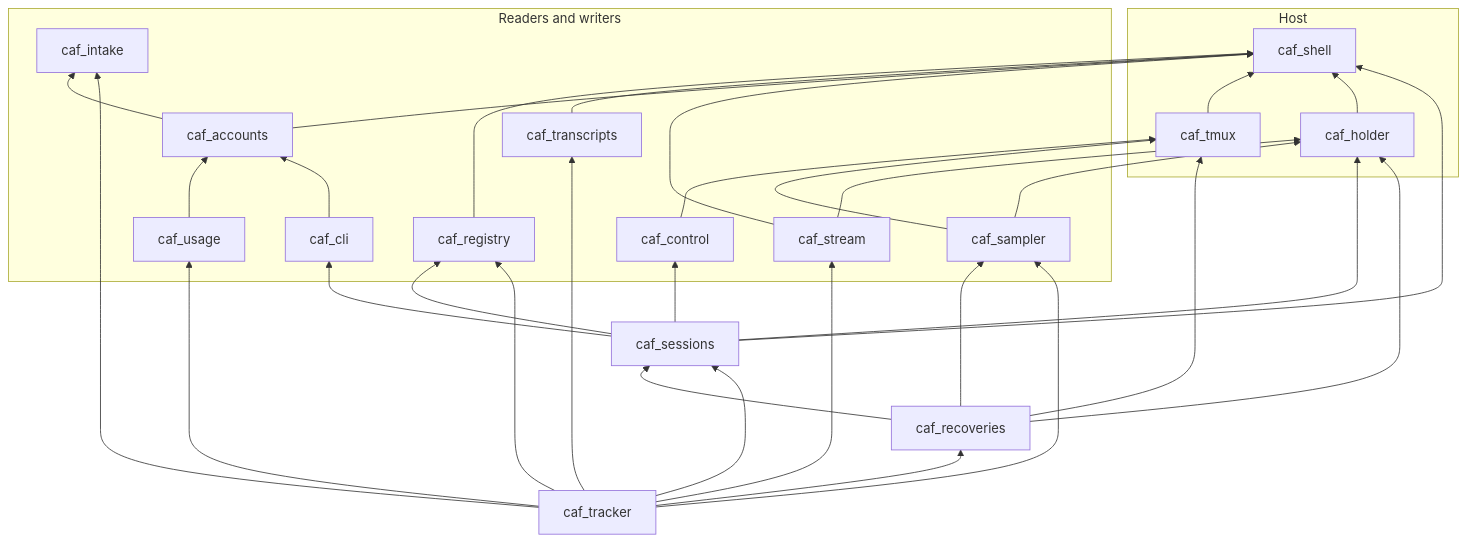
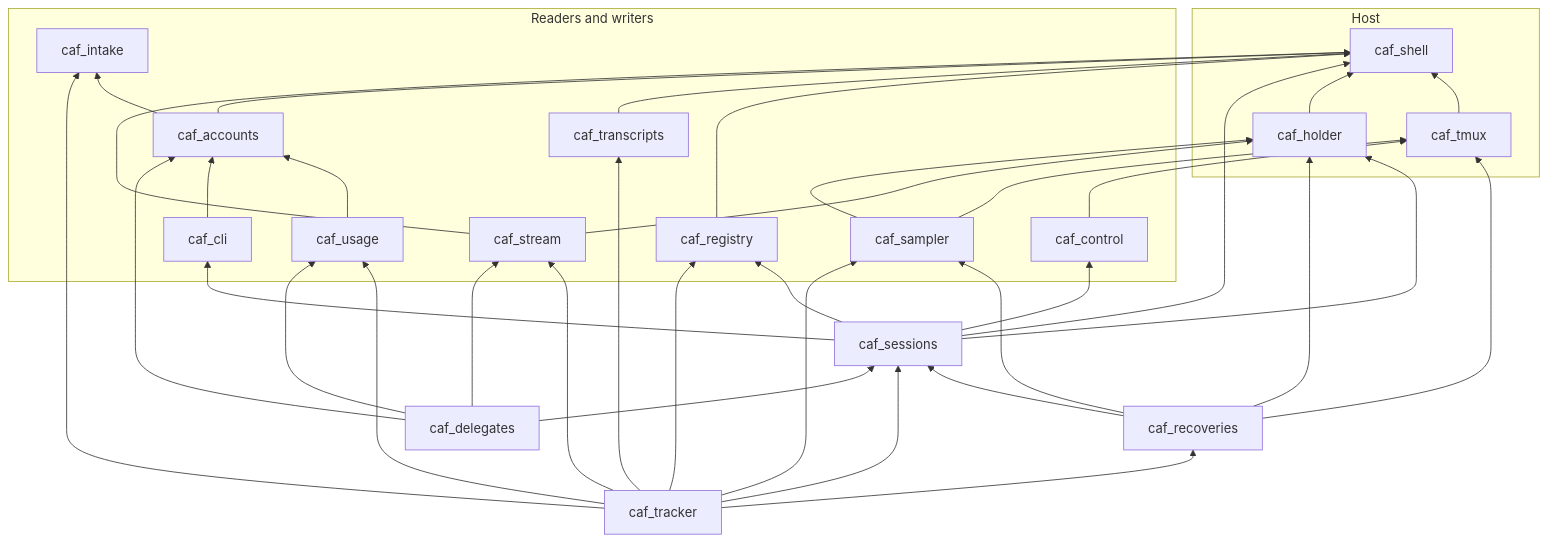
One commit to SushyDev/coding_agent_framework changed the second of 2 diagrams in README.md. Above: the diagram before and after it, drawn with Mermaid. The commit also changed other lines of this file and 10 other files, not shown here.

````diff
--- a/README.md
+++ b/README.md
@@ -80,53 +81,58 @@
 ```mermaid
 flowchart BT
   subgraph host_layer["Host"]
     shell[caf_shell]
     tmux[caf_tmux]
     holder[caf_holder]
   end
   subgraph io["Readers and writers"]
     registry[caf_registry]
     transcripts[caf_transcripts]
     intake[caf_intake]
     accounts[caf_accounts]
     usage[caf_usage]
     cli[caf_cli]
     control[caf_control]
     stream[caf_stream]
     sampler[caf_sampler]
   end
   sessions[caf_sessions]
   recoveries[caf_recoveries]
   tracker[caf_tracker]
+  delegates[caf_delegates]
 
   tmux --> shell
   holder --> shell
   registry --> shell
   transcripts --> shell
   accounts --> shell
   accounts --> intake
   usage --> accounts
   cli --> accounts
   control --> tmux
   stream --> shell
   stream --> holder
   sampler --> tmux
   sampler --> holder
   sessions --> shell
   sessions --> holder
   sessions --> registry
   sessions --> cli
   sessions --> control
   recoveries --> tmux
   recoveries --> holder
   recoveries --> sampler
   recoveries --> sessions
   tracker --> registry
   tracker --> transcripts
   tracker --> intake
   tracker --> usage
   tracker --> stream
   tracker --> sampler
   tracker --> sessions
   tracker --> recoveries
+  delegates --> accounts
+  delegates --> usage
+  delegates --> stream
+  delegates --> sessions
 ```
````
